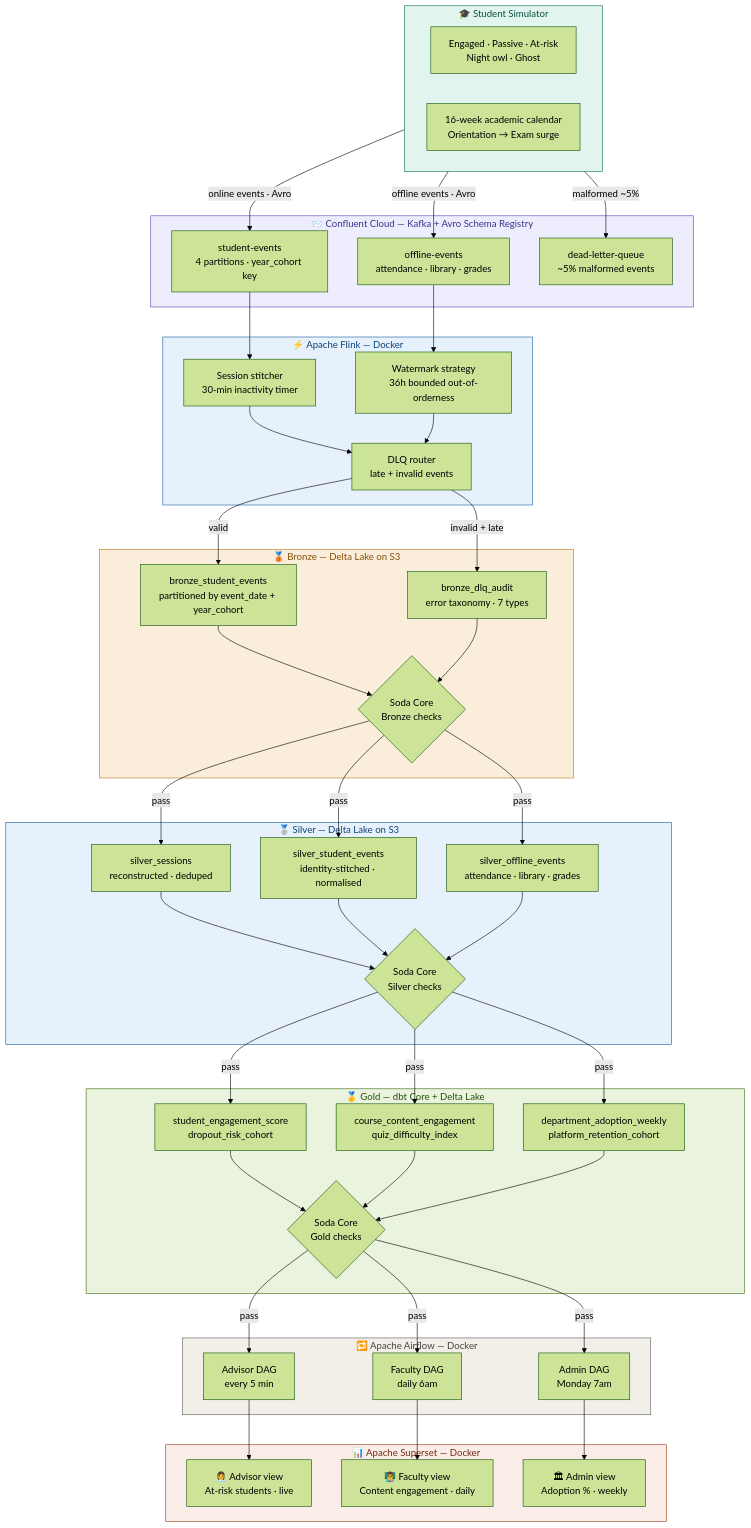
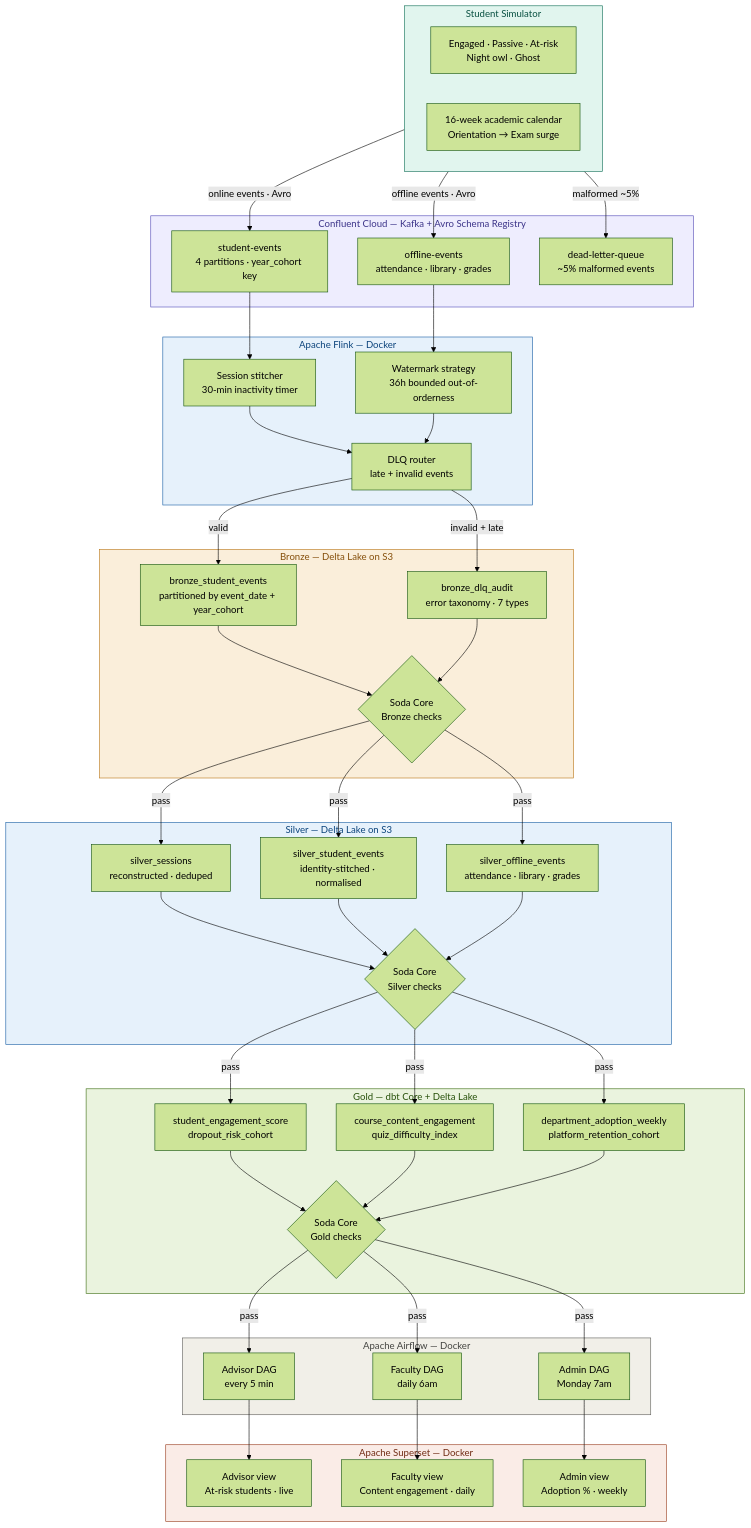
One commit to arcofiero/edupulse-analytics changed the diagram in README.md. Above: the diagram before and after it, drawn with Mermaid (forest theme).

Commit message:
docs(readme): remove emoji from architecture diagram

````diff
--- a/README.md
+++ b/README.md
@@ -25,52 +25,52 @@
 ```mermaid
 flowchart TD
-    subgraph SIM["🎓 Student Simulator"]
+    subgraph SIM["Student Simulator"]
         S1[Engaged · Passive · At-risk\nNight owl · Ghost]
         S2[16-week academic calendar\nOrientation → Exam surge]
     end
 
-    subgraph KAFKA["📨 Confluent Cloud — Kafka + Avro Schema Registry"]
+    subgraph KAFKA["Confluent Cloud — Kafka + Avro Schema Registry"]
         K1[student-events\n4 partitions · year_cohort key]
         K2[offline-events\nattendance · library · grades]
         K3[dead-letter-queue\n~5% malformed events]
     end
 
-    subgraph FLINK["⚡ Apache Flink — Docker"]
+    subgraph FLINK["Apache Flink — Docker"]
         F1[Session stitcher\n30-min inactivity timer]
         F2[Watermark strategy\n36h bounded out-of-orderness]
         F3[DLQ router\nlate + invalid events]
     end
 
-    subgraph BRONZE["🥉 Bronze — Delta Lake on S3"]
+    subgraph BRONZE["Bronze — Delta Lake on S3"]
         B1[bronze_student_events\npartitioned by event_date + year_cohort]
         B2[bronze_dlq_audit\nerror taxonomy · 7 types]
         SODA1{Soda Core\nBronze checks}
     end
 
-    subgraph SILVER["🥈 Silver — Delta Lake on S3"]
+    subgraph SILVER["Silver — Delta Lake on S3"]
         SV1[silver_sessions\nreconstructed · deduped]
         SV2[silver_student_events\nidentity-stitched · normalised]
         SV3[silver_offline_events\nattendance · library · grades]
         SODA2{Soda Core\nSilver checks}
     end
 
-    subgraph GOLD["🥇 Gold — dbt Core + Delta Lake"]
+    subgraph GOLD["Gold — dbt Core + Delta Lake"]
         G1[student_engagement_score\ndropout_risk_cohort]
         G2[course_content_engagement\nquiz_difficulty_index]
         G3[department_adoption_weekly\nplatform_retention_cohort]
         SODA3{Soda Core\nGold checks}
     end
 
-    subgraph AIRFLOW["🔁 Apache Airflow — Docker"]
+    subgraph AIRFLOW["Apache Airflow — Docker"]
         A1[Advisor DAG\nevery 5 min]
         A2[Faculty DAG\ndaily 6am]
         A3[Admin DAG\nMonday 7am]
     end
 
-    subgraph SUPERSET["📊 Apache Superset — Docker"]
-        D1[👩‍💼 Advisor view\nAt-risk students · live]
-        D2[👨‍🏫 Faculty view\nContent engagement · daily]
-        D3[🏛 Admin view\nAdoption % · weekly]
+    subgraph SUPERSET["Apache Superset — Docker"]
+        D1[Advisor view\nAt-risk students · live]
+        D2[Faculty view\nContent engagement · daily]
+        D3[Admin view\nAdoption % · weekly]
     end
 
     SIM -->|online events · Avro| K1
````
